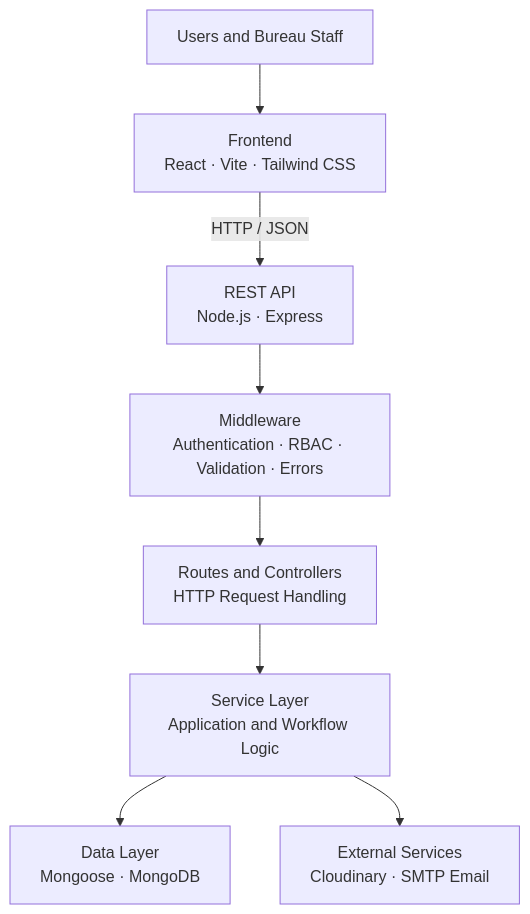
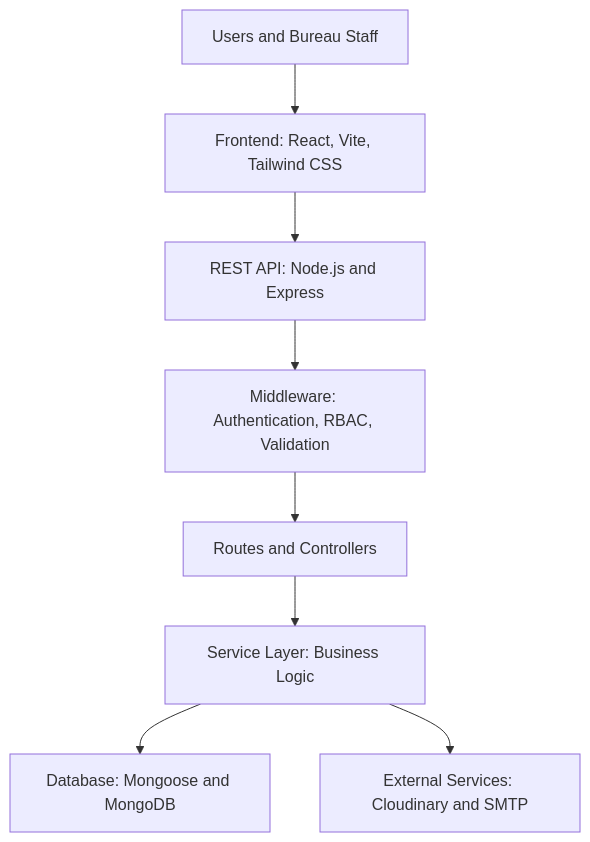
One commit to esubaleww/itsms-project changed the diagram in README.md. Above: the diagram before and after it, drawn with Mermaid. The commit also changed other lines of this file, not shown here.

Commit message:
Update README.md by removing unnecessary sections
Removed License badge and sections for Screenshots, Contributing, and License.

````diff
--- a/README.md
+++ b/README.md
@@ -108,19 +104,19 @@
 ```mermaid
-flowchart TB
+flowchart TD
     U["Users and Bureau Staff"]
-    FE["Frontend<br/>React · Vite · Tailwind CSS"]
-    API["REST API<br/>Node.js · Express"]
-    MW["Middleware<br/>Authentication · RBAC · Validation · Errors"]
-    CTRL["Routes and Controllers<br/>HTTP Request Handling"]
-    SVC["Service Layer<br/>Application and Workflow Logic"]
-    DB["Data Layer<br/>Mongoose · MongoDB"]
-    EXT["External Services<br/>Cloudinary · SMTP Email"]
+    FE["Frontend: React, Vite, Tailwind CSS"]
+    API["REST API: Node.js and Express"]
+    MW["Middleware: Authentication, RBAC, Validation"]
+    CTRL["Routes and Controllers"]
+    SVC["Service Layer: Business Logic"]
+    DB["Database: Mongoose and MongoDB"]
+    EXT["External Services: Cloudinary and SMTP"]
 
     U --> FE
-    FE -->|"HTTP / JSON"| API
+    FE --> API
     API --> MW
     MW --> CTRL
     CTRL --> SVC
     SVC --> DB
     SVC --> EXT
 ```
````
